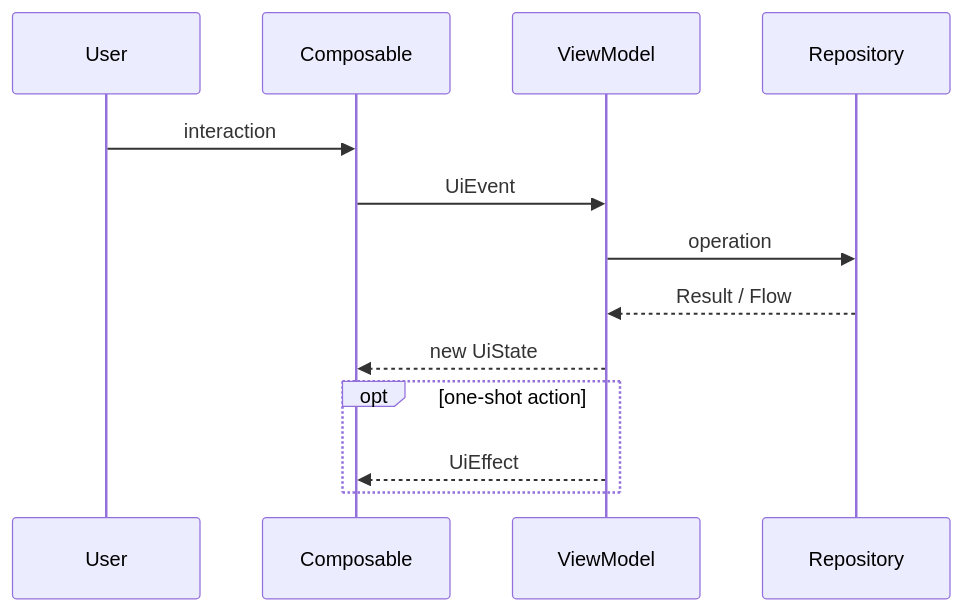
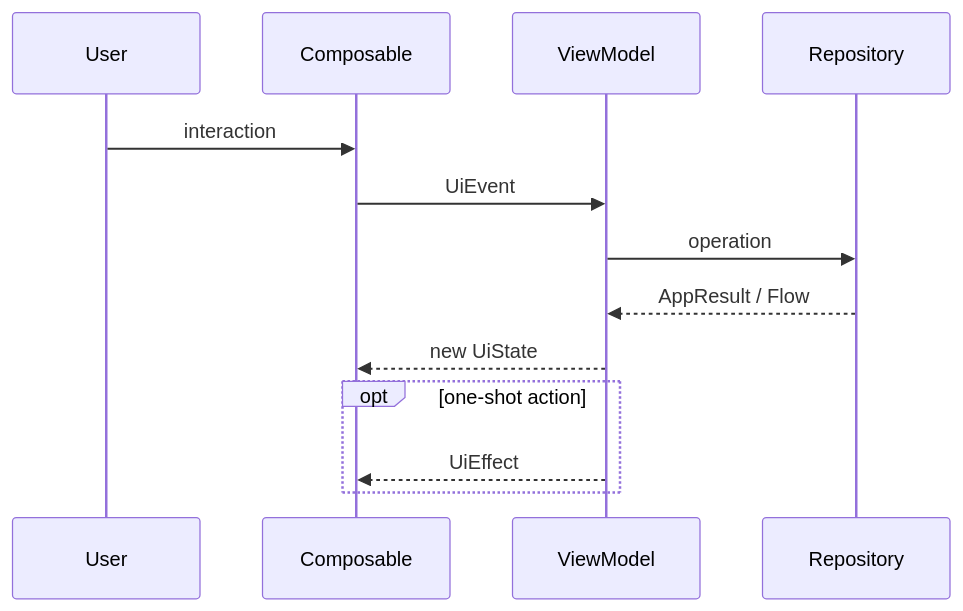
One commit to MatteoSomensi/pokedex changed the third of 4 diagrams in README.md. Above: the diagram before and after it, drawn with Mermaid. The commit also changed other lines of this file and 10 other files, not shown here.

````diff
--- a/README.md
+++ b/README.md
@@ -214,16 +217,16 @@
 ```mermaid
 sequenceDiagram
     participant User
     participant UI as Composable
     participant VM as ViewModel
     participant Repo as Repository
 
     User->>UI: interaction
     UI->>VM: UiEvent
     VM->>Repo: operation
-    Repo-->>VM: Result / Flow
+    Repo-->>VM: AppResult / Flow
     VM-->>UI: new UiState
     opt one-shot action
         VM-->>UI: UiEffect
     end
 ```
````
